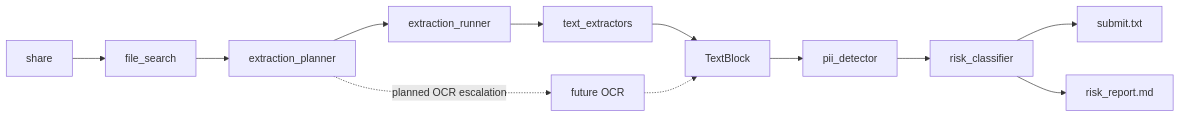
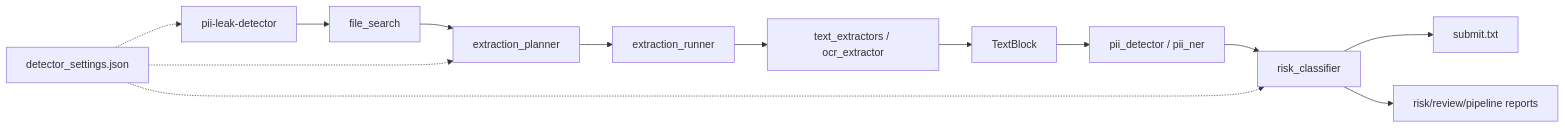
The diagram in README.md (arshinov-dev/pii-leak-detector), drawn with Mermaid before and after one commit. The commit also changed other lines of this file and 24 other files, not shown here.

````diff
--- a/README.md
+++ b/README.md
@@ -70,14 +101,15 @@
 ```mermaid
 flowchart LR
-    A["share"] --> B["file_search"]
-    B --> C["extraction_planner"]
-    C --> D["extraction_runner"]
-    D --> E["text_extractors"]
-    E --> F["TextBlock"]
-    F --> G["pii_detector"]
-    G --> H["risk_classifier"]
-    H --> I["submit.txt"]
-    H --> J["risk_report.md"]
-    C -. "planned OCR escalation" .-> K["future OCR"]
-    K -.-> F
+    CLI["pii-leak-detector"] --> FS["file_search"]
+    FS --> Planner["extraction_planner"]
+    Planner --> Runner["extraction_runner"]
+    Runner --> Extractors["text_extractors / ocr_extractor"]
+    Extractors --> Blocks["TextBlock"]
+    Blocks --> PII["pii_detector / pii_ner"]
+    PII --> Risk["risk_classifier"]
+    Risk --> Submit["submit.txt"]
+    Risk --> Reports["risk/review/pipeline reports"]
+    Settings["detector_settings.json"] -.-> CLI
+    Settings -.-> Planner
+    Settings -.-> Risk
 ```
````
